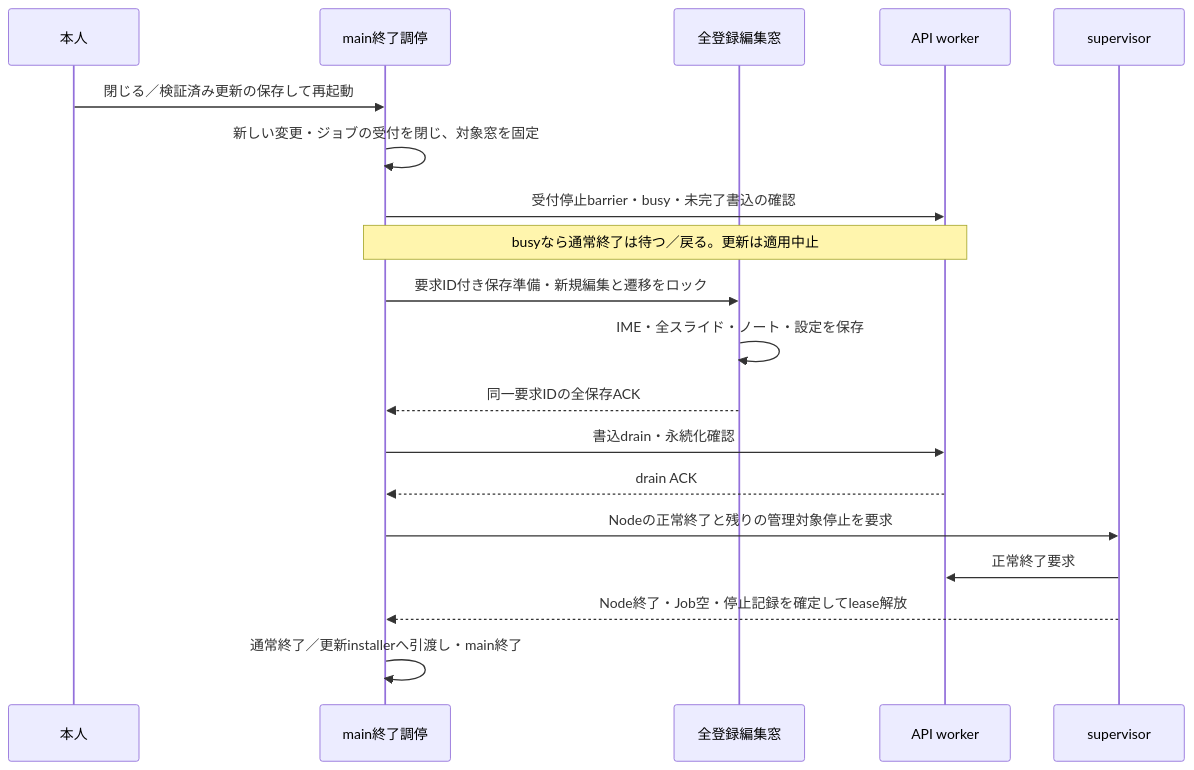
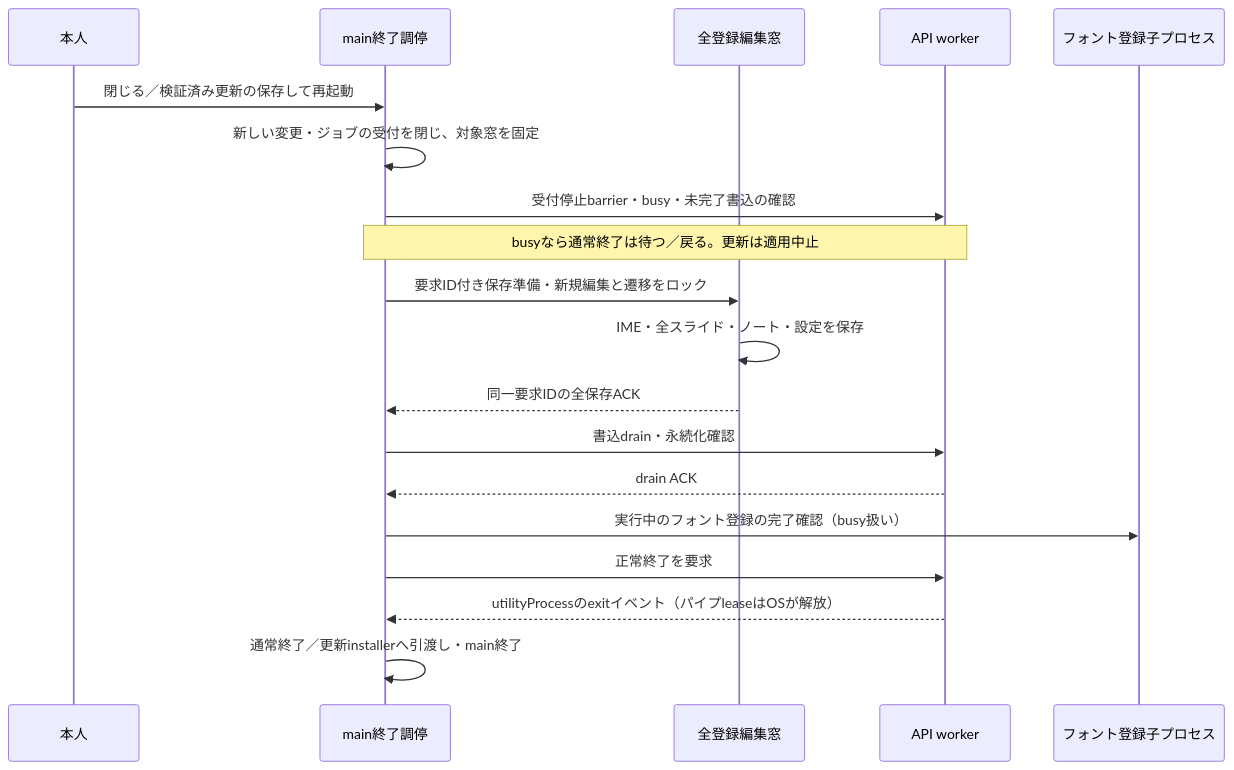
One commit to itiwoja/DC-Designer changed the fifth of 6 diagrams in docs/desktop-release-runtime.md. Above: the diagram before and after it, drawn with Mermaid. The commit also changed other lines of this file and 1 other file, not shown here.

````diff
--- a/docs/desktop-release-runtime.md
+++ b/docs/desktop-release-runtime.md
@@ -237,21 +204,21 @@
 ```mermaid
 sequenceDiagram
   participant U as 本人
   participant M as main終了調停
   participant R as 全登録編集窓
   participant N as API worker
-  participant S as supervisor
+  participant F as フォント登録子プロセス
   U->>M: 閉じる／検証済み更新の保存して再起動
   M->>M: 新しい変更・ジョブの受付を閉じ、対象窓を固定
   M->>N: 受付停止barrier・busy・未完了書込の確認
   Note over M,N: busyなら通常終了は待つ／戻る。更新は適用中止
   M->>R: 要求ID付き保存準備・新規編集と遷移をロック
   R->>R: IME・全スライド・ノート・設定を保存
   R-->>M: 同一要求IDの全保存ACK
   M->>N: 書込drain・永続化確認
   N-->>M: drain ACK
-  M->>S: Nodeの正常終了と残りの管理対象停止を要求
-  S->>N: 正常終了要求
-  S-->>M: Node終了・Job空・停止記録を確定してlease解放
+  M->>F: 実行中のフォント登録の完了確認（busy扱い）
+  M->>N: 正常終了を要求
+  N-->>M: utilityProcessのexitイベント（パイプleaseはOSが解放）
   M->>M: 通常終了／更新installerへ引渡し・main終了
 ```
````
